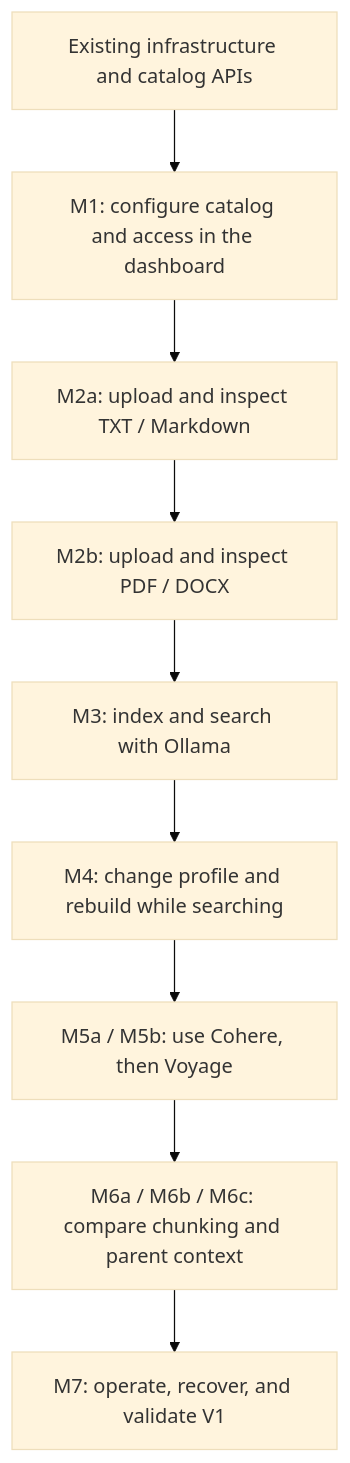
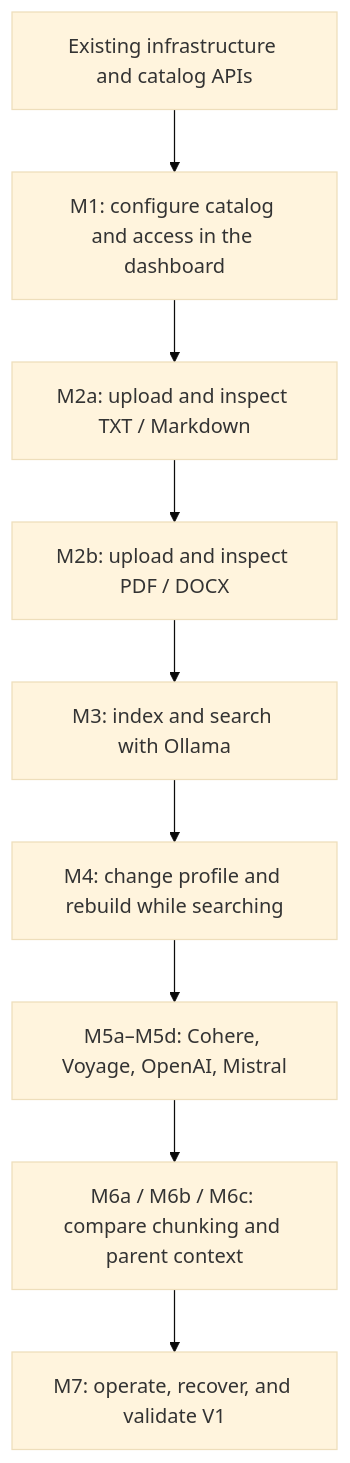
One commit to SimonLoir/vectorix changed the fifth of 5 diagrams in docs/rag-implementation-plan.md. Above: the diagram before and after it, drawn with Mermaid (base theme). The commit also changed other lines of this file and 22 other files, not shown here.

Commit message:
feat(rag): add OpenAI and Mistral provider configuration

````diff
--- a/docs/rag-implementation-plan.md
+++ b/docs/rag-implementation-plan.md
@@ -229,11 +229,11 @@
 ```mermaid
 flowchart TD
     BASE["Existing infrastructure and catalog APIs"] --> M1["M1: configure catalog and access in the dashboard"]
     M1 --> M2A["M2a: upload and inspect TXT / Markdown"]
     M2A --> M2B["M2b: upload and inspect PDF / DOCX"]
     M2B --> M3["M3: index and search with Ollama"]
     M3 --> M4["M4: change profile and rebuild while searching"]
-    M4 --> M5["M5a / M5b: use Cohere, then Voyage"]
+    M4 --> M5["M5a–M5d: Cohere, Voyage, OpenAI, Mistral"]
     M5 --> M6["M6a / M6b / M6c: compare chunking and parent context"]
     M6 --> M7["M7: operate, recover, and validate V1"]
 ```
````
